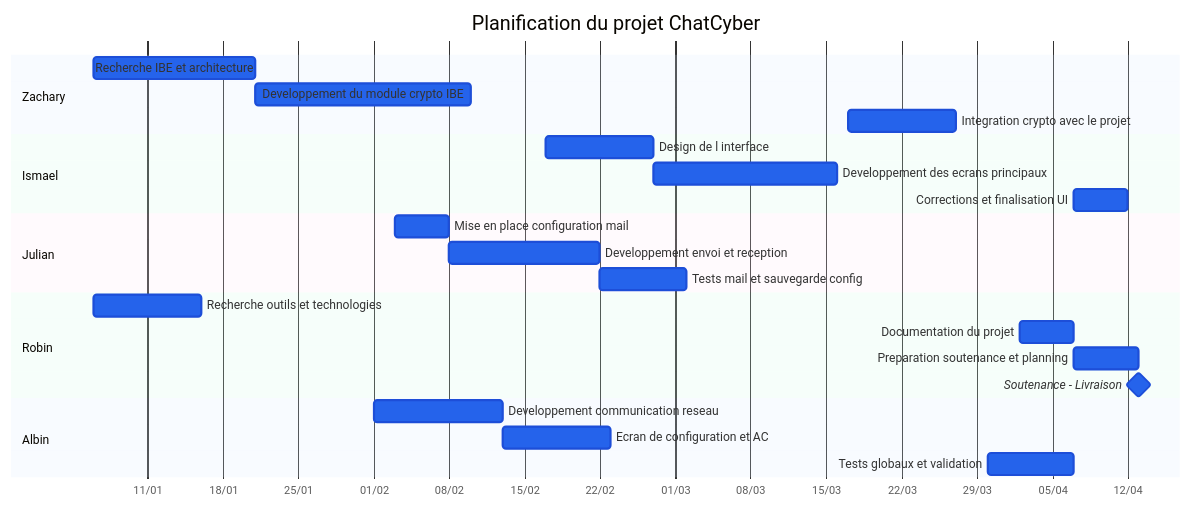
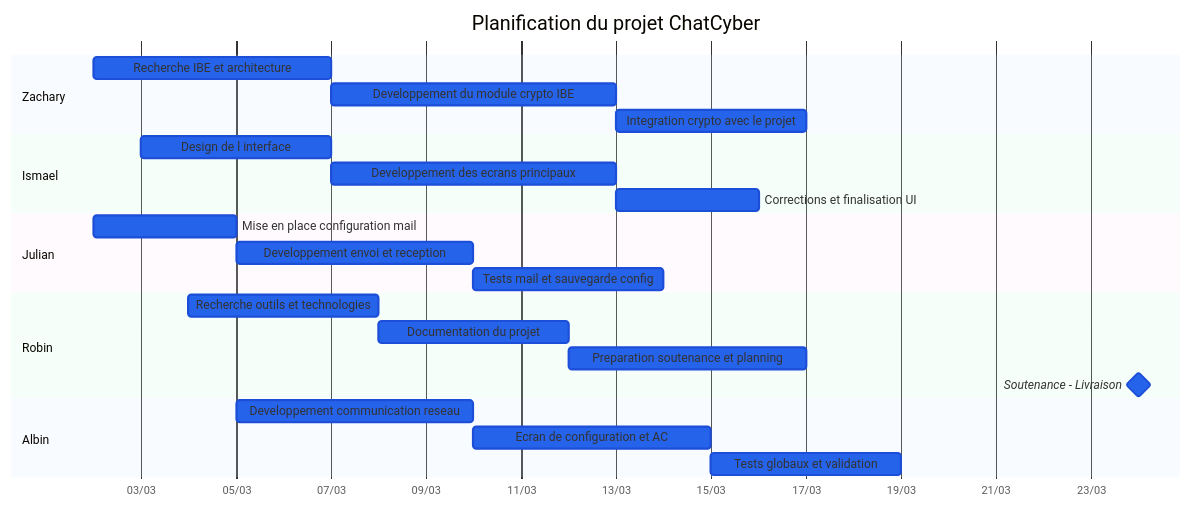
Before and after one commit to ismo009/chatcyber: the diagram in README_GANTT.md, drawn with Mermaid.

````diff
--- a/README_GANTT.md
+++ b/README_GANTT.md
@@ -5,59 +5,59 @@
 ```mermaid
 %%{init: {'theme': 'base', 'themeVariables': {
     'sectionBkgColor': '#dbeafe',
     'sectionBkgColor2': '#fce7f3',
     'altSectionBkgColor': '#d1fae5',
     'taskBkgColor': '#2563eb',
     'taskTextColor': '#ffffff',
     'taskBorderColor': '#1d4ed8',
     'doneTaskBkgColor': '#2563eb',
     'doneTaskBorderColor': '#1d4ed8',
     'activeTaskBkgColor': '#2563eb',
     'activeTaskBorderColor': '#1d4ed8',
     'section0': '#3b82f6',
     'section1': '#3b82f6',
     'section2': '#3b82f6',
     'section3': '#3b82f6',
     'section4': '#3b82f6',
     'taskText0': '#ffffff',
     'taskText1': '#ffffff',
     'taskText2': '#ffffff',
     'taskText3': '#ffffff',
     'taskText4': '#ffffff',
     'cScale0': '#3b82f6',
     'cScale1': '#3b82f6',
     'cScale2': '#3b82f6',
     'cScale3': '#3b82f6',
     'cScale4': '#3b82f6'
 }}}%%
 gantt
     title Planification du projet ChatCyber
     dateFormat YYYY-MM-DD
     axisFormat %d/%m
 
     section Zachary
-    Recherche IBE et architecture              :done, z1, 2026-01-06, 15d
-    Developpement du module crypto IBE         :done, z2, after z1, 20d
-    Integration crypto avec le projet          :done, z3, 2026-03-17, 10d
+    Recherche IBE et architecture              :done, z1, 2026-03-02, 5d
+    Developpement du module crypto IBE         :done, z2, after z1, 6d
+    Integration crypto avec le projet          :done, z3, after z2, 4d
 
     section Ismael
-    Design de l interface                      :done, i1, 2026-02-17, 10d
-    Developpement des ecrans principaux        :done, i2, after i1, 17d
-    Corrections et finalisation UI             :done, i3, 2026-04-07, 5d
+    Design de l interface                      :done, i1, 2026-03-03, 4d
+    Developpement des ecrans principaux        :done, i2, after i1, 6d
+    Corrections et finalisation UI             :done, i3, after i2, 3d
 
     section Julian
-    Mise en place configuration mail           :done, j1, 2026-02-03, 5d
-    Developpement envoi et reception           :done, j2, after j1, 14d
-    Tests mail et sauvegarde config            :done, j3, after j2, 8d
+    Mise en place configuration mail           :done, j1, 2026-03-02, 3d
+    Developpement envoi et reception           :done, j2, after j1, 5d
+    Tests mail et sauvegarde config            :done, j3, after j2, 4d
 
     section Robin
-    Recherche outils et technologies            :done, r1, 2026-01-06, 10d
-    Documentation du projet                    :done, r2, 2026-04-02, 5d
-    Preparation soutenance et planning         :active, r3, after r2, 6d
-    Soutenance - Livraison                     :milestone, r4, after r3, 0d
+    Recherche outils et technologies           :done, r1, 2026-03-04, 4d
+    Documentation du projet                    :done, r2, after r1, 4d
+    Preparation soutenance et planning         :active, r3, after r2, 5d
+    Soutenance - Livraison                     :milestone, r4, 2026-03-24, 0d
 
     section Albin
-    Developpement communication reseau         :done, a1, 2026-02-01, 12d
-    Ecran de configuration et AC               :done, a2, after a1, 10d
-    Tests globaux et validation                :done, a3, 2026-03-30, 8d
+    Developpement communication reseau         :done, a1, 2026-03-05, 5d
+    Ecran de configuration et AC               :done, a2, after a1, 5d
+    Tests globaux et validation                :done, a3, after a2, 4d
 ```
````
